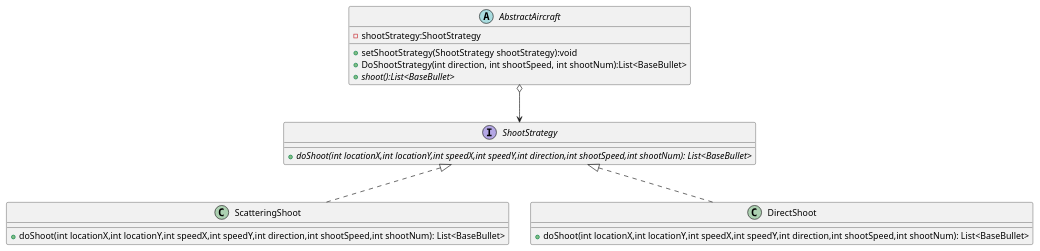
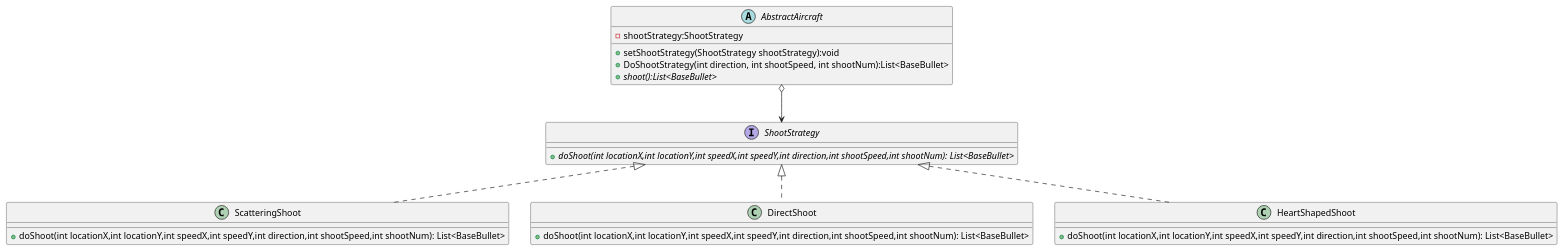
Before and after one commit to jirange/aircraft-war: the diagram in uml/exp4-策略模式.puml, drawn with PlantUML. The commit also changed 30 other files, not shown here.

```diff
--- a/uml/exp4-策略模式.puml
+++ b/uml/exp4-策略模式.puml
@@ -1,36 +1,41 @@
 @startuml
 'https://plantuml.com/class-diagram
 
 '策略模式
 
 abstract class AbstractAircraft
 '抽象飞行器类
 {
     - shootStrategy:ShootStrategy
     + setShootStrategy(ShootStrategy shootStrategy):void
     + DoShootStrategy(int direction, int shootSpeed, int shootNum):List<BaseBullet>
     + {abstract} shoot():List<BaseBullet>
 
  }
 interface ShootStrategy
 {
     + {abstract} doShoot(int locationX,int locationY,int speedX,int speedY,int direction,int shootSpeed,int shootNum): List<BaseBullet>
 }
 
 class ScatteringShoot
 {
     + doShoot(int locationX,int locationY,int speedX,int speedY,int direction,int shootSpeed,int shootNum): List<BaseBullet>
 }
 
 class DirectShoot
 {
     + doShoot(int locationX,int locationY,int speedX,int speedY,int direction,int shootSpeed,int shootNum): List<BaseBullet>
 }
 
+class HeartShapedShoot
+{
+    + doShoot(int locationX,int locationY,int speedX,int speedY,int direction,int shootSpeed,int shootNum): List<BaseBullet>
+}
 ShootStrategy <|.. DirectShoot
 ShootStrategy <|.. ScatteringShoot
+ShootStrategy <|.. HeartShapedShoot
 '实现关系
 
 AbstractAircraft o--> ShootStrategy
 
 @enduml
```
